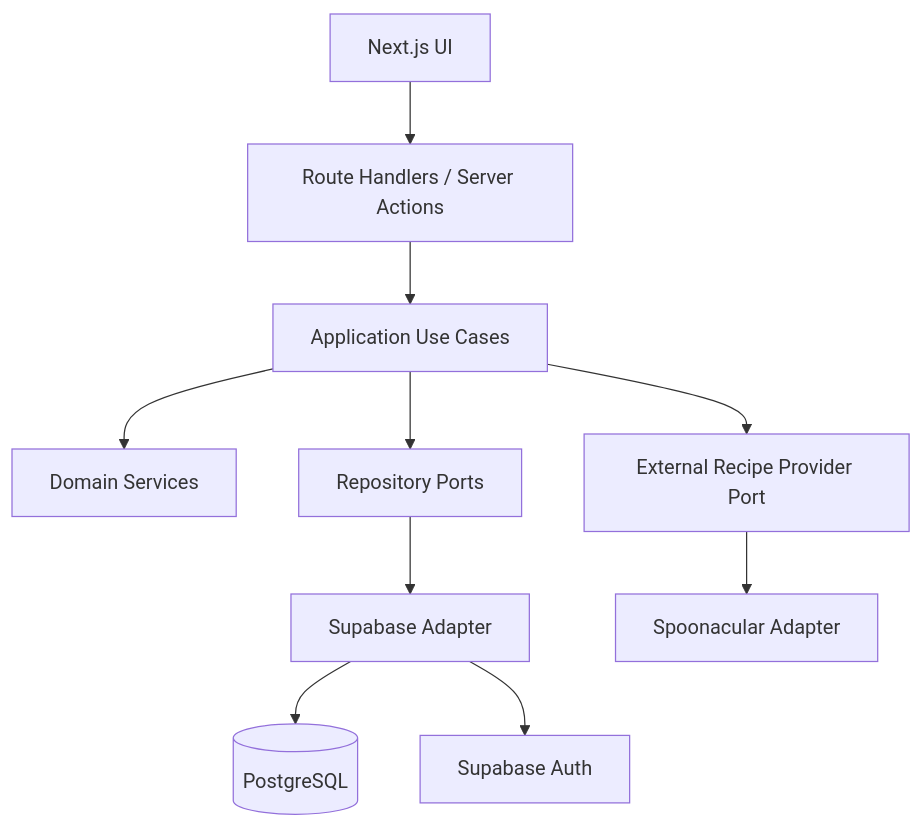
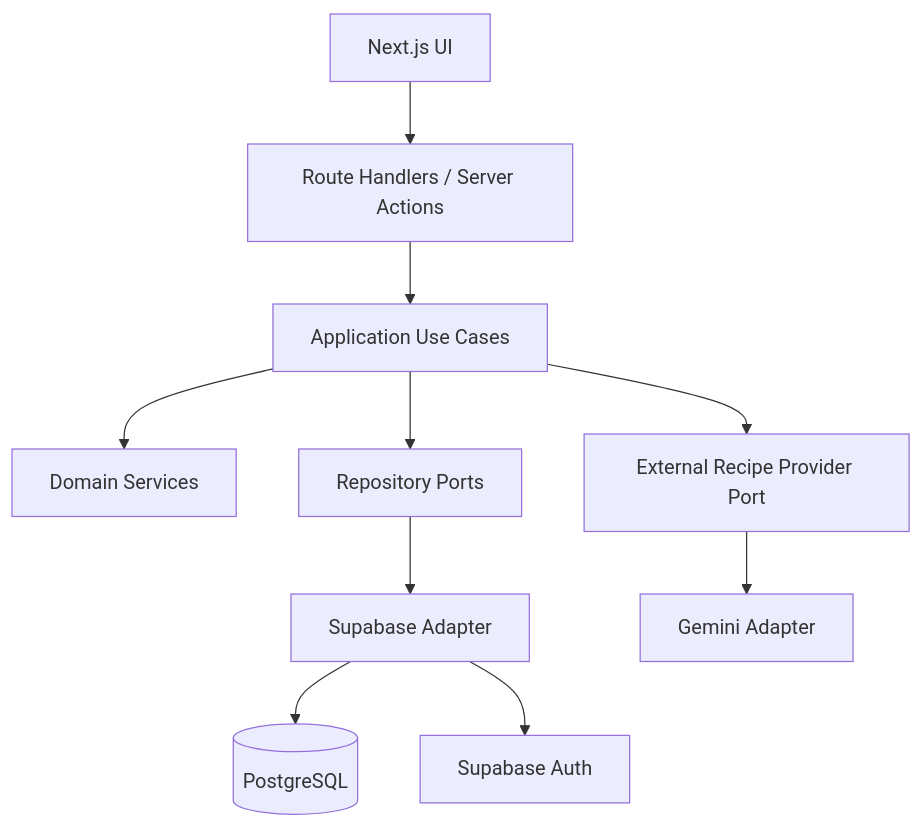
Before and after one commit to jamesgh1220/food-finder: the diagram in docs/PROMTP.md, drawn with Mermaid. The commit also changed other lines of this file and 27 other files, not shown here.

Commit message:
docs(specs): migrate recipe-provider specs from Spoonacular to Gemini

````diff
--- a/docs/PROMTP.md
+++ b/docs/PROMTP.md
@@ -2556,18 +2555,18 @@
 ```mermaid
 flowchart TD
     UI[Next.js UI] --> API[Route Handlers / Server Actions]
 
     API --> APP[Application Use Cases]
 
     APP --> DOMAIN[Domain Services]
 
     APP --> REPO[Repository Ports]
     APP --> EXT[External Recipe Provider Port]
 
     REPO --> SUPABASE[Supabase Adapter]
-    EXT --> SPOON[Spoonacular Adapter]
+    EXT --> SPOON[Gemini Adapter]
 
     SUPABASE --> DB[(PostgreSQL)]
 
     SUPABASE --> AUTH[Supabase Auth]
 ```
````
